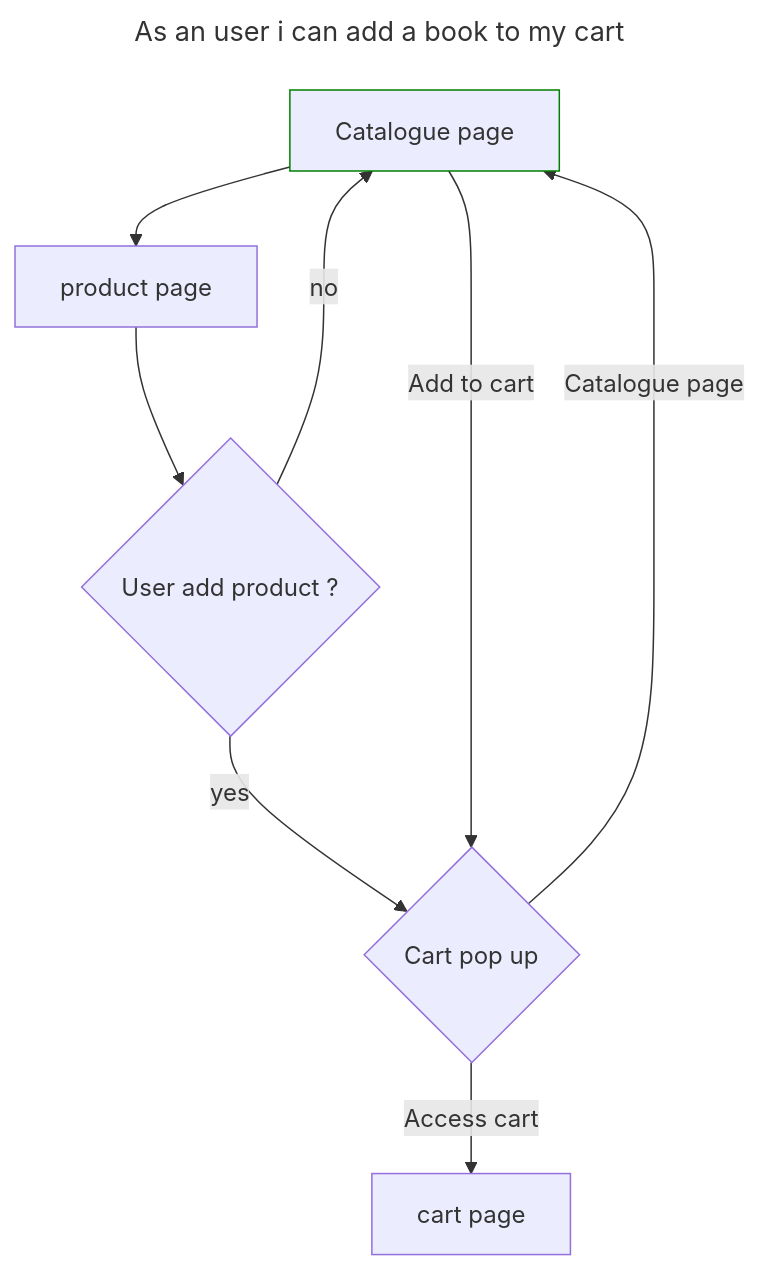
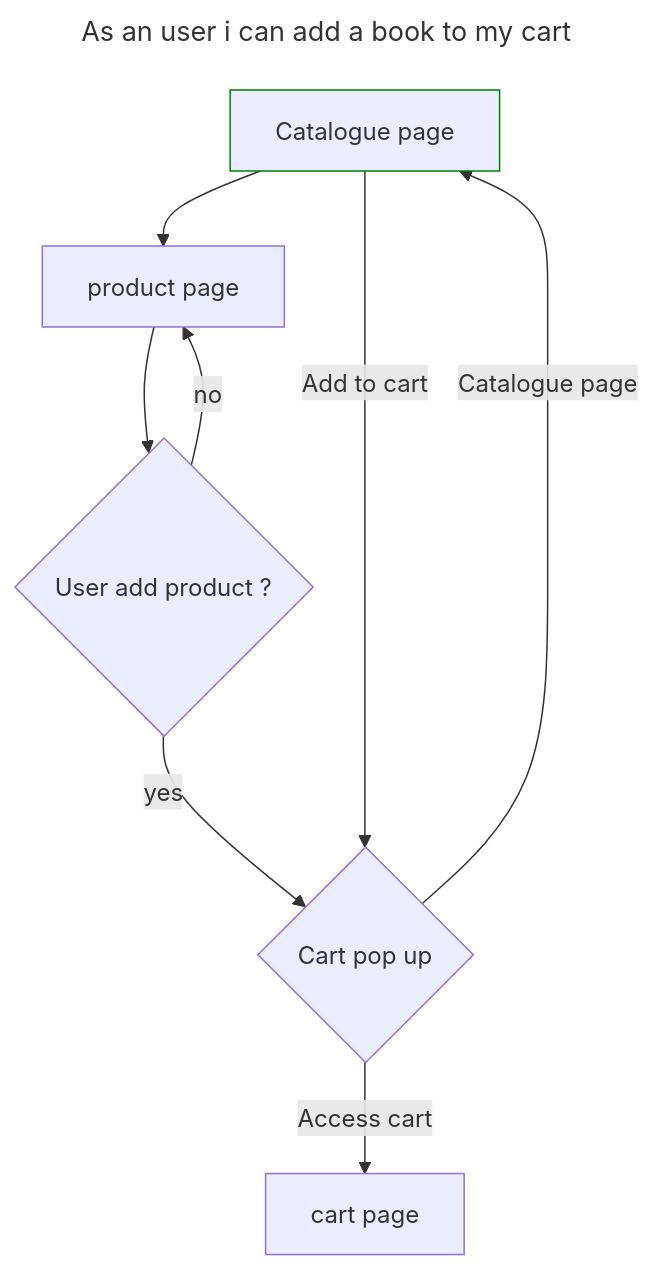
The sixth of 7 diagrams in doc/featuresDiagrams.md (charlyol/ECommerce-SCHA), drawn with Mermaid before and after one commit.

Commit message:
features diagrams fixed

````diff
--- a/doc/featuresDiagrams.md
+++ b/doc/featuresDiagrams.md
@@ -110,22 +110,22 @@
 ```mermaid
 ---
 title : As an user i can add a book to my cart
 ---
 flowchart TB
 
 CP[Catalogue page]
 PRO[product page]
 CAT[cart page]
 CPU{Cart pop up}
 
 TESTADD{User add product ?}
 	
 	PRO-->TESTADD
 	CP --> PRO
 	TESTADD -- yes --> CPU
-	TESTADD -- no --> CP
+	TESTADD -- no --> PRO
 	CPU -- Access cart --> CAT
 	CPU -- Catalogue page --> CP
 	CP -- Add to cart --> CPU
 style CP stroke:green
 ```
````
